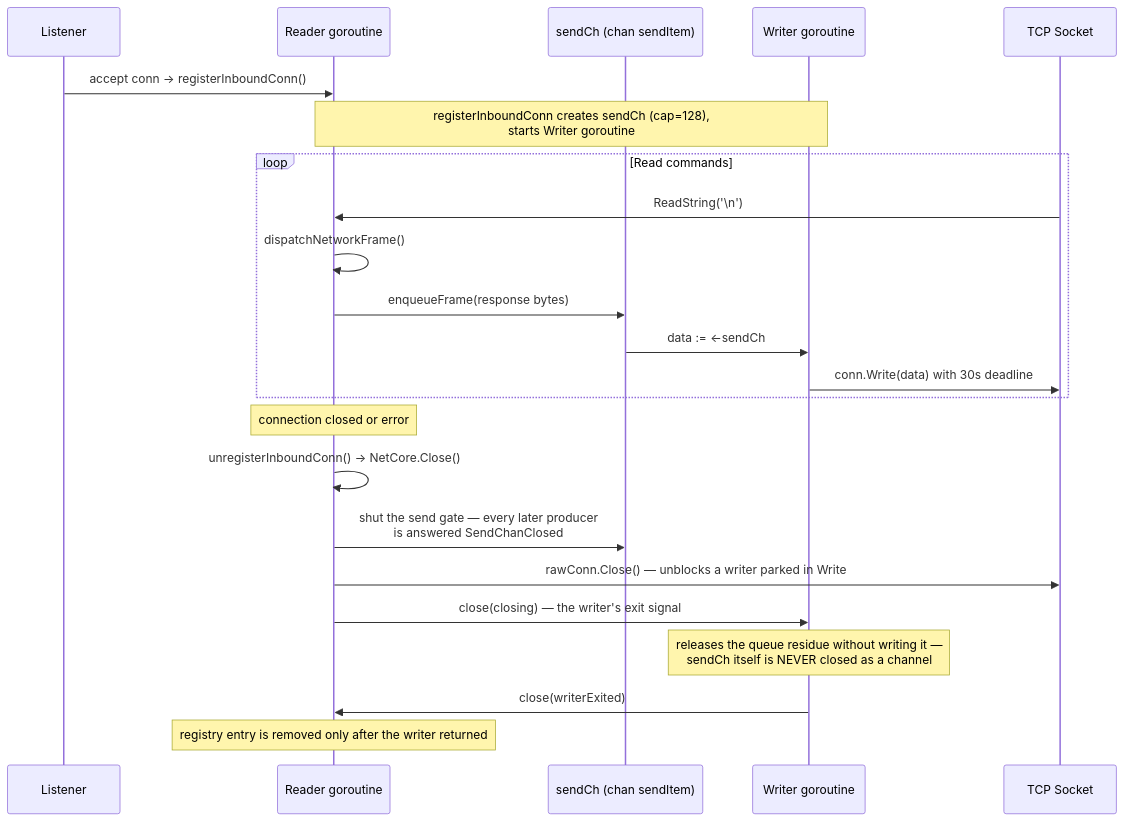
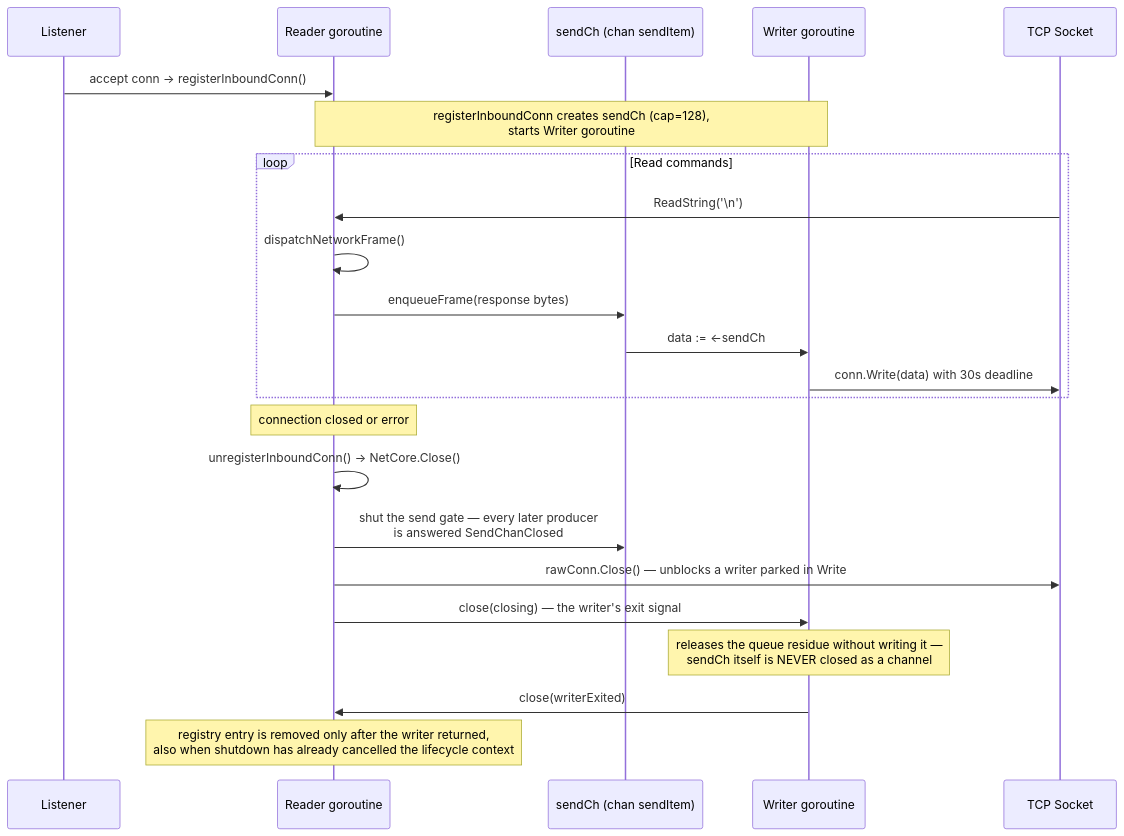
Before and after one commit to piratecash/corsa: the eighth of 18 diagrams in docs/mesh.md, drawn with Mermaid. The commit also changed other lines of this file and 11 other files, not shown here.

````diff
--- a/docs/mesh.md
+++ b/docs/mesh.md
@@ -649,28 +649,28 @@
 ```mermaid
 sequenceDiagram
     participant Listener
     participant Reader as Reader goroutine
     participant SendCh as sendCh (chan sendItem)
     participant Writer as Writer goroutine
     participant Socket as TCP Socket
 
     Listener->>Reader: accept conn → registerInboundConn()
     Note over Reader,Writer: registerInboundConn creates sendCh (cap=128),<br/>starts Writer goroutine
 
     loop Read commands
         Socket->>Reader: ReadString('\n')
         Reader->>Reader: dispatchNetworkFrame()
         Reader->>SendCh: enqueueFrame(response bytes)
         SendCh->>Writer: data := <-sendCh
         Writer->>Socket: conn.Write(data) with 30s deadline
     end
 
     Note over Reader: connection closed or error
     Reader->>Reader: unregisterInboundConn() → NetCore.Close()
     Reader->>SendCh: shut the send gate — every later producer<br/>is answered SendChanClosed
     Reader->>Socket: rawConn.Close() — unblocks a writer parked in Write
     Reader->>Writer: close(closing) — the writer's exit signal
     Note over Writer: releases the queue residue without writing it —<br/>sendCh itself is NEVER closed as a channel
     Writer->>Reader: close(writerExited)
-    Note over Reader: registry entry is removed only after the writer returned
+    Note over Reader: registry entry is removed only after the writer returned,<br/>also when shutdown has already cancelled the lifecycle context
 ```
````
